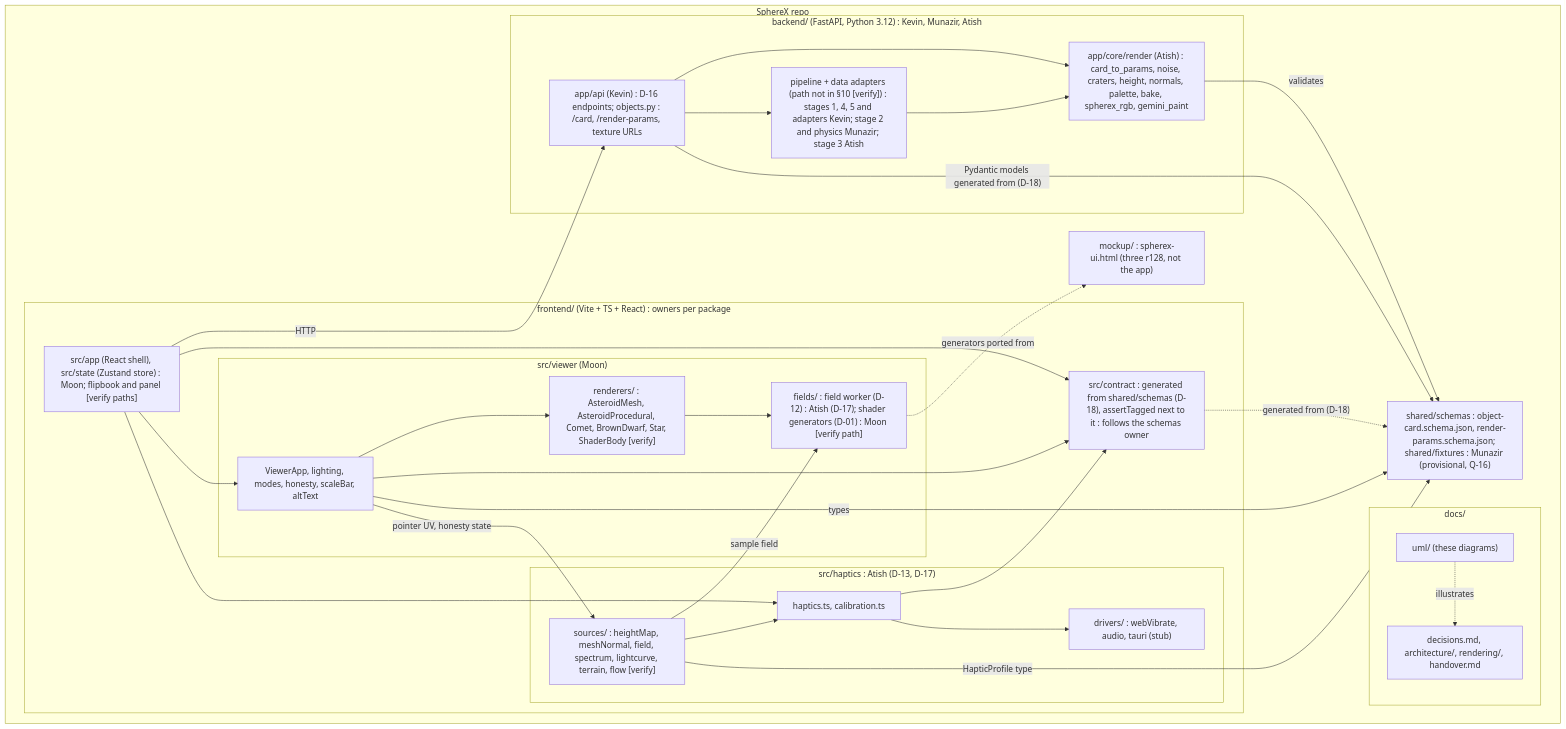
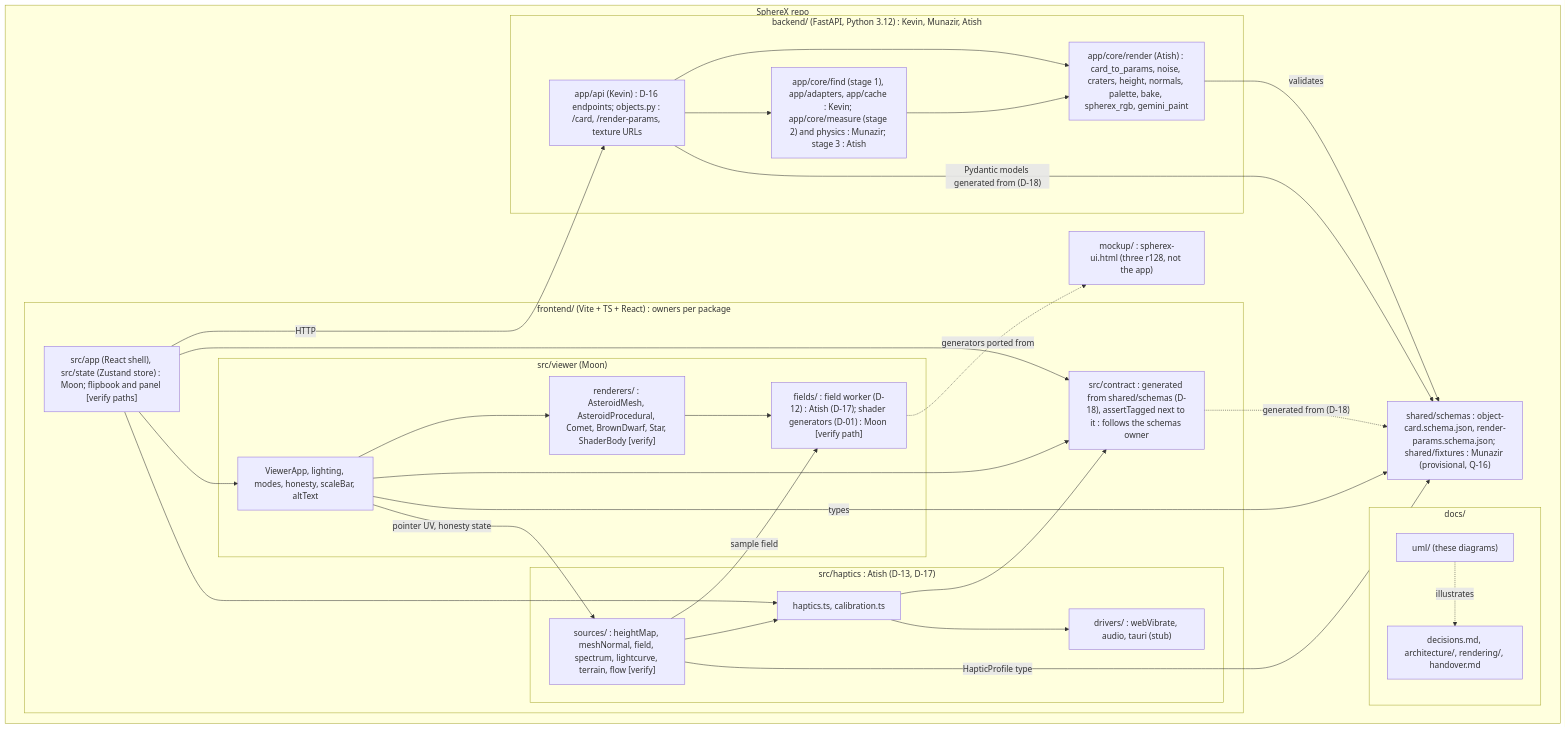
Before and after one commit to 0ffrian/SphereX: the diagram in docs/uml/04-package.md, drawn with Mermaid. The commit also changed other lines of this file and 123 other files, not shown here.

First line of the commit message:
Add the backend core: FastAPI, data adapters, cache and Stage 1 (#1)

````diff
--- a/docs/uml/04-package.md
+++ b/docs/uml/04-package.md
@@ -5,58 +5,58 @@
 ```mermaid
 flowchart TB
   subgraph Repo["SphereX repo"]
     subgraph Docs["docs/"]
       DocSpecs["decisions.md, architecture/, rendering/, handover.md"]
       DocUML["uml/ (these diagrams)"]
     end
 
     Mockup["mockup/ : spherex-ui.html (three r128, not the app)"]
 
     subgraph Backend["backend/ (FastAPI, Python 3.12) : Kevin, Munazir, Atish"]
       BApi["app/api (Kevin) : D-16 endpoints; objects.py : /card, /render-params, texture URLs"]
-      BPipe["pipeline + data adapters (path not in §10 [verify]) : stages 1, 4, 5 and adapters Kevin; stage 2 and physics Munazir; stage 3 Atish"]
+      BPipe["app/core/find (stage 1), app/adapters, app/cache : Kevin; app/core/measure (stage 2) and physics : Munazir; stage 3 : Atish"]
       BRender["app/core/render (Atish) : card_to_params, noise, craters, height, normals, palette, bake, spherex_rgb, gemini_paint"]
     end
 
     subgraph Frontend["frontend/ (Vite + TS + React) : owners per package"]
       FApp["src/app (React shell), src/state (Zustand store) : Moon; flipbook and panel [verify paths]"]
       FContract["src/contract : generated from shared/schemas (D-18), assertTagged next to it : follows the schemas owner"]
       subgraph FViewer["src/viewer (Moon)"]
         VCore["ViewerApp, lighting, modes, honesty, scaleBar, altText"]
         VRend["renderers/ : AsteroidMesh, AsteroidProcedural, Comet, BrownDwarf, Star, ShaderBody [verify]"]
         VFields["fields/ : field worker (D-12) : Atish (D-17); shader generators (D-01) : Moon [verify path]"]
       end
       subgraph FHaptics["src/haptics : Atish (D-13, D-17)"]
         HCore["haptics.ts, calibration.ts"]
         HDrivers["drivers/ : webVibrate, audio, tauri (stub)"]
         HSources["sources/ : heightMap, meshNormal, field, spectrum, lightcurve, terrain, flow [verify]"]
       end
     end
 
     Schemas["shared/schemas : object-card.schema.json, render-params.schema.json; shared/fixtures : Munazir (provisional, Q-16)"]
   end
 
   DocUML -.->|"illustrates"| DocSpecs
   BApi --> BPipe
   BApi --> BRender
   BPipe --> BRender
   BRender -->|"validates"| Schemas
   BApi -->|"Pydantic models generated from (D-18)"| Schemas
 
   FApp --> VCore
   FApp --> FContract
   VCore --> FContract
   HCore --> FContract
   FContract -.->|"generated from (D-18)"| Schemas
   FApp --> HCore
   FApp -->|"HTTP"| BApi
   VCore --> VRend
   VRend --> VFields
   VCore -->|"pointer UV, honesty state"| HSources
   HSources --> HCore
   HSources -->|"sample field"| VFields
   HCore --> HDrivers
   VCore -->|"types"| Schemas
   HSources -->|"HapticProfile type"| Schemas
   VFields -.->|"generators ported from"| Mockup
 ```
````
